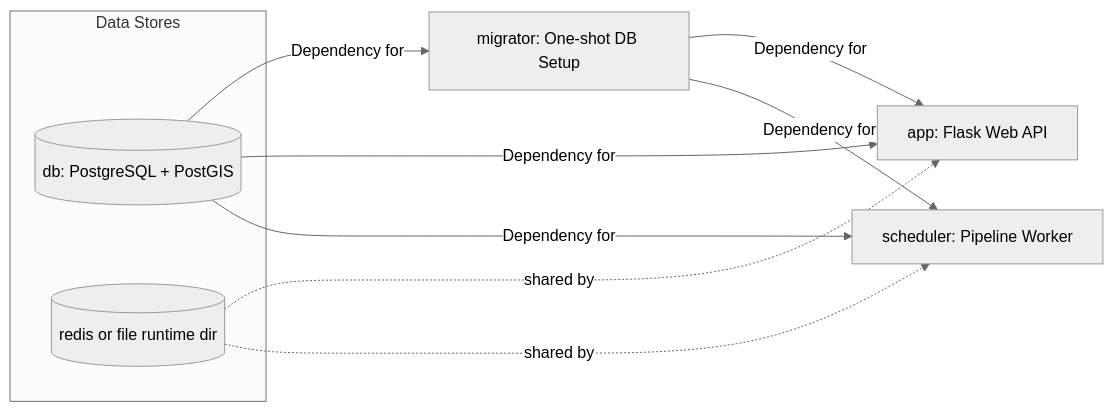
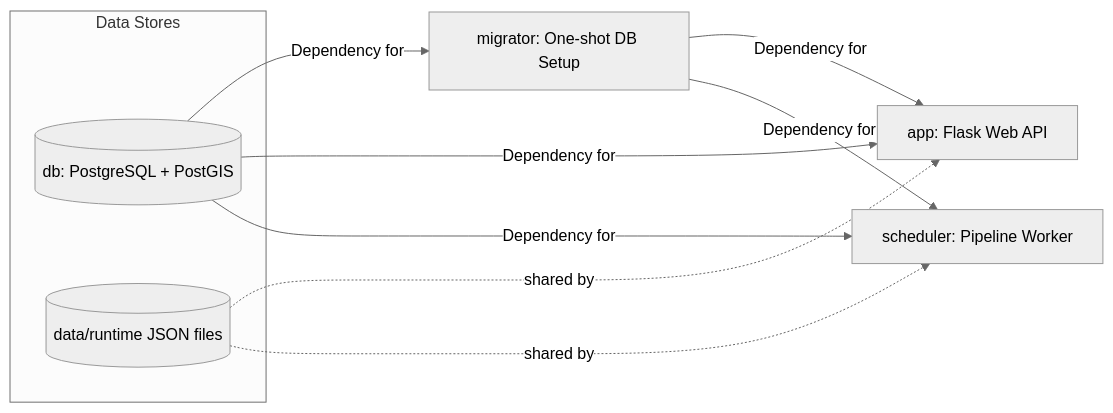
The diagram in documentation/7. System Architecture.md (openTdataCH/stop_sync_osm_atlas), drawn with Mermaid (neutral theme) before and after one commit. The commit also changed other lines of this file and 6 other files, not shown here.

Commit message:
Remove Redis dependency and switch to file-backed runtime state for pipeline status and locking

````diff
--- a/documentation/7. System Architecture.md
+++ b/documentation/7. System Architecture.md
@@ -9,20 +9,20 @@
 ```mermaid
 flowchart LR
     subgraph DS [Data Stores]
         DB[(db: PostgreSQL + PostGIS)]
-        State[(redis or file runtime dir)]
+        State[(data/runtime JSON files)]
     end
 
     Migrator[migrator: One-shot DB Setup]
     App[app: Flask Web API]
     Scheduler[scheduler: Pipeline Worker]
 
     DB -->|Dependency for| Migrator
     DB -->|Dependency for| App
     DB -->|Dependency for| Scheduler
     State -. shared by .-> App
     State -. shared by .-> Scheduler
 
     Migrator -->|Dependency for| App
     Migrator -->|Dependency for| Scheduler
 ```
````
